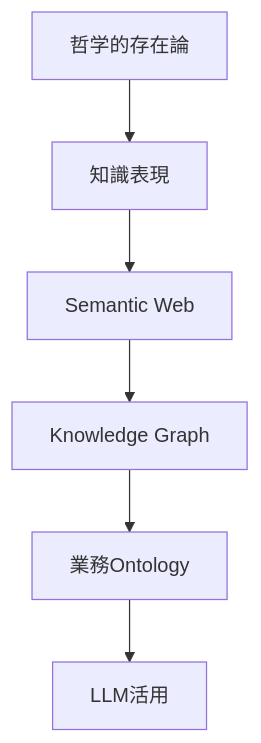
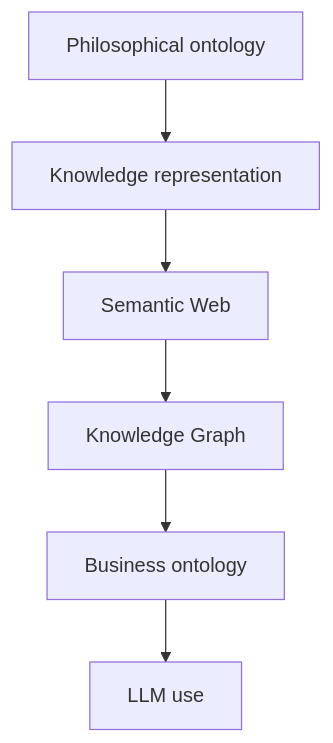
One commit to daylight55/research changed the first of 8 diagrams in content/blog/en/ontology-concept.mdx. Above: the diagram before and after it, drawn with Mermaid. The commit also changed other lines of this file and 26 other files, not shown here.

Commit message:
Translate English Mermaid labels

````diff
--- a/content/blog/en/ontology-concept.mdx
+++ b/content/blog/en/ontology-concept.mdx
@@ -29,8 +29,8 @@
 ```mermaid
 flowchart TD
-  Phil["哲学的存在論"] --> KR["知識表現"]
+  Phil["Philosophical ontology"] --> KR["Knowledge representation"]
   KR --> Web["Semantic Web"]
   Web --> KG["Knowledge Graph"]
-  KG --> Ops["業務Ontology"]
-  Ops --> AI["LLM活用"]
+  KG --> Ops["Business ontology"]
+  Ops --> AI["LLM use"]
 ```
````
